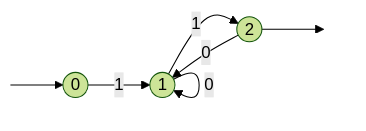
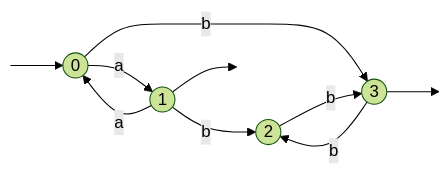
One commit to avivi55/automates-finies changed the eighth of 9 diagrams in README.md. Above: the diagram before and after it, drawn with Mermaid (forest theme). The commit also changed other lines of this file, not shown here.

````diff
--- a/README.md
+++ b/README.md
@@ -151,21 +219,23 @@
 ```mermaid
 graph LR
+    style ENTREE height:0px;
+    style SORTIE  height:0px; 
+    style SORTIE2  height:0px;  
+
     0((0)) 
     1((1))
     2((2))
+    3((3))
 
-    ENTREE[ ] --> 0 
-    2 --> SORTIE[ ]
+    ENTREE[ ] --> 0
+    3 --> SORTIE2[ ]
+    1 --> SORTIE[ ]
 
 
-
-    0 --1--> 1 
-    1 --1--> 2
-    2 --0--> 1    
-    1 --0--> 1
-
-
-
-    style ENTREE height:0px;
-    style SORTIE  height:0px; 
+    0 --a--> 1 
+    0 --b--> 3 
+    1 --a--> 0
+    1 --b--> 2    
+    2 --b--> 3
+    3 --b--> 2  
 ```
````
